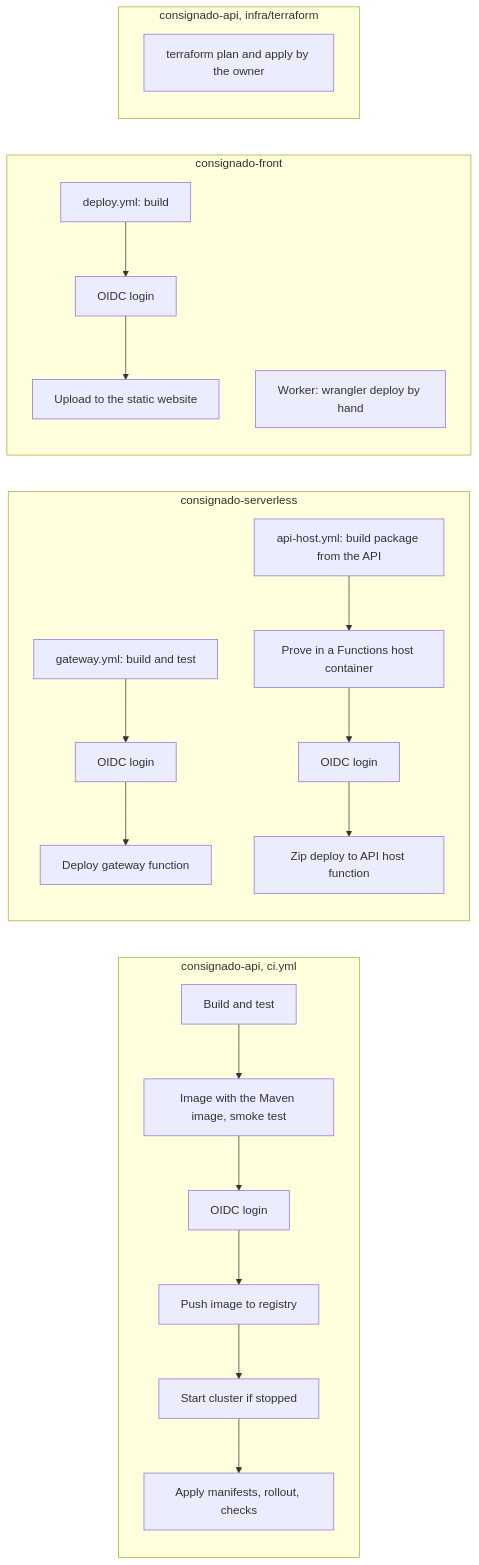
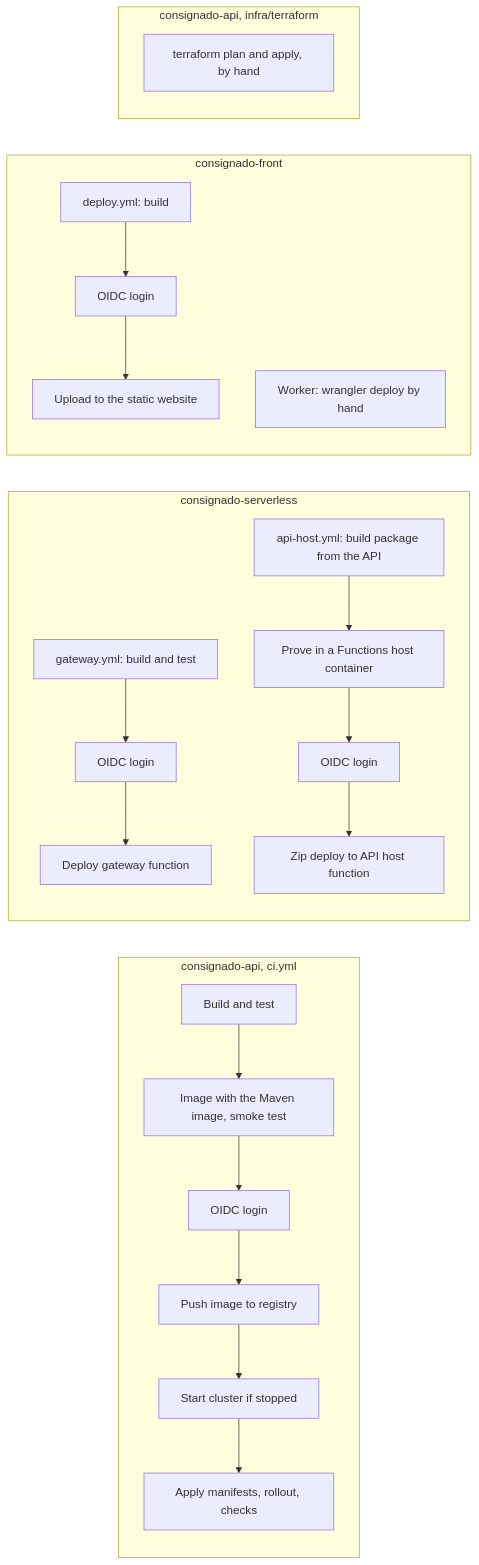
One commit to kmadsdev/consignado-api changed the seventh of 7 diagrams in docs/platform/architecture.md. Above: the diagram before and after it, drawn with Mermaid. The commit also changed other lines of this file and 17 other files, not shown here.

````diff
--- a/docs/platform/architecture.md
+++ b/docs/platform/architecture.md
@@ -296,20 +296,20 @@
 ```mermaid
 flowchart LR
   subgraph api["consignado-api, ci.yml"]
     a1["Build and test"] --> a2["Image with the Maven image, smoke test"] --> a3["OIDC login"] --> a4["Push image to registry"] --> a5["Start cluster if stopped"] --> a6["Apply manifests, rollout, checks"]
   end
 
   subgraph srv["consignado-serverless"]
     g1["gateway.yml: build and test"] --> g2["OIDC login"] --> g3["Deploy gateway function"]
     h1["api-host.yml: build package from the API"] --> h2["Prove in a Functions host container"] --> h3["OIDC login"] --> h4["Zip deploy to API host function"]
   end
 
   subgraph front["consignado-front"]
     f1["deploy.yml: build"] --> f2["OIDC login"] --> f3["Upload to the static website"]
     w1["Worker: wrangler deploy by hand"]
   end
 
   subgraph infra["consignado-api, infra/terraform"]
-    t1["terraform plan and apply by the owner"]
+    t1["terraform plan and apply, by hand"]
   end
 ```
````
